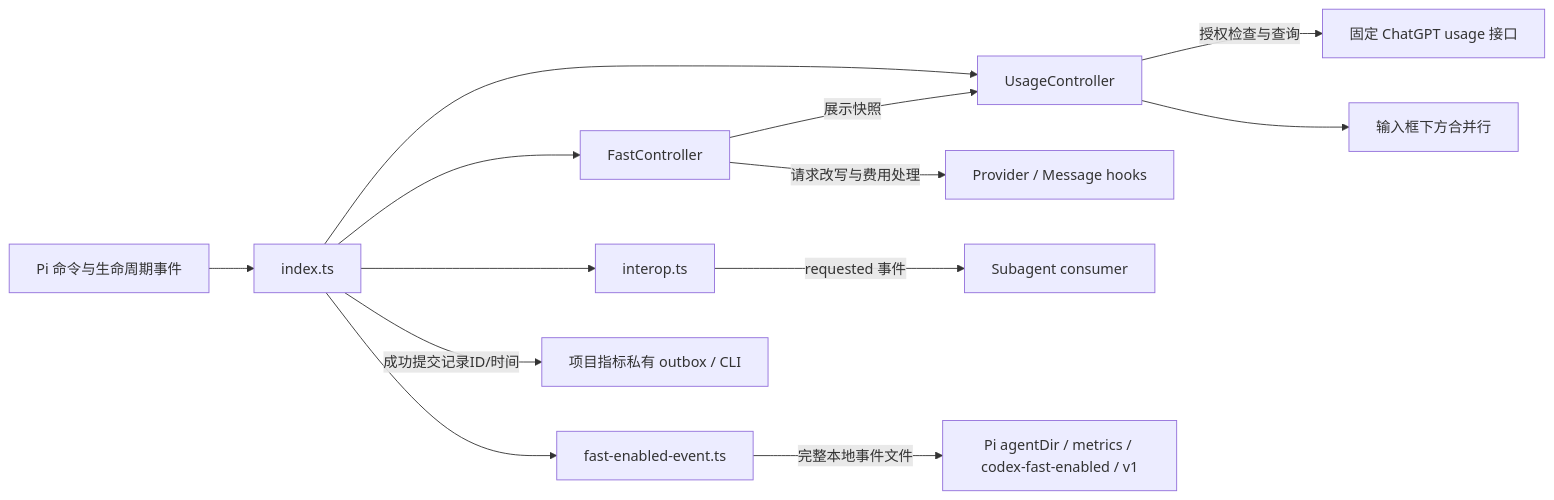
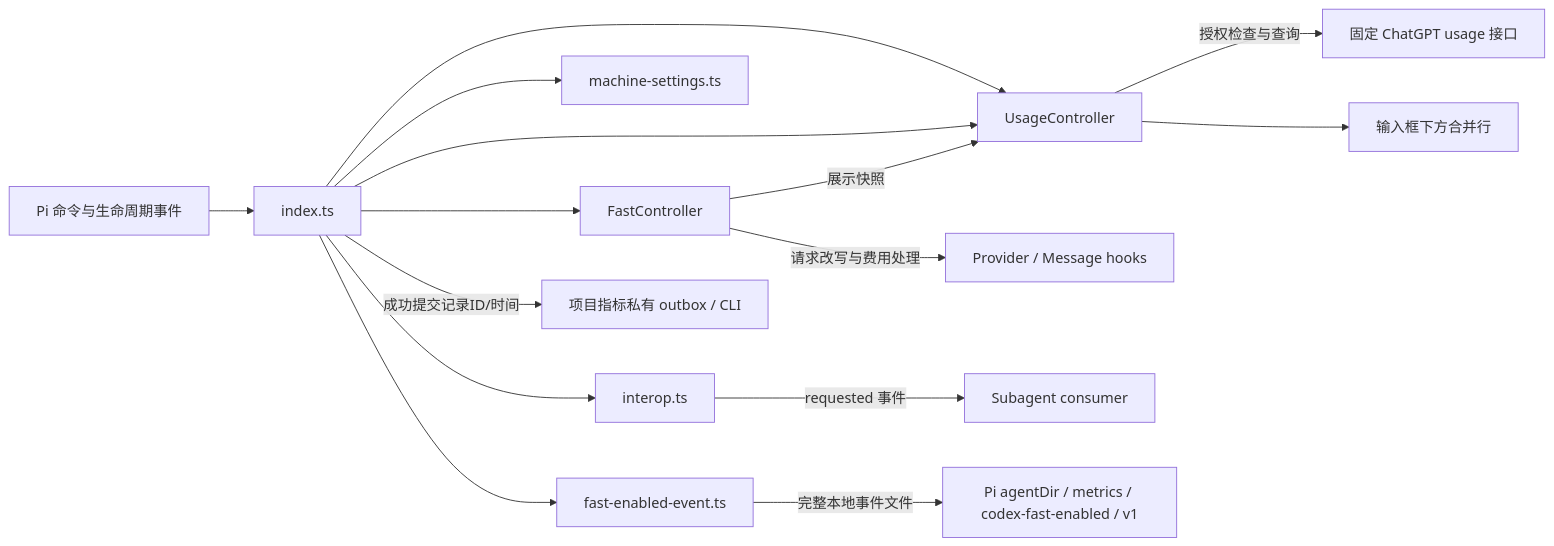
Before and after one commit to ZHOUKAILIAN/my-pi-extension: the first of 3 diagrams in docs/02-产品实现/codex-usage-status-技术设计.md, drawn with Mermaid. The commit also changed other lines of this file and 68 other files, not shown here.

````diff
--- a/docs/02-产品实现/codex-usage-status-技术设计.md
+++ b/docs/02-产品实现/codex-usage-status-技术设计.md
@@ -13,15 +57,17 @@
 ```mermaid
 flowchart LR
     pi[Pi 命令与生命周期事件] --> entry[index.ts]
     entry --> fast[FastController]
+    entry --> prefs[machine-settings.ts]
+    entry --> usage[UsageController]
     entry --> usage[UsageController]
     fast -->|展示快照| usage
     usage -->|授权检查与查询| api[固定 ChatGPT usage 接口]
     usage --> widget[输入框下方合并行]
     fast -->|请求改写与费用处理| hooks[Provider / Message hooks]
     entry --> interop[interop.ts]
     interop -->|requested 事件| child[Subagent consumer]
     entry --> event[fast-enabled-event.ts]
     event -->|完整本地事件文件| local[Pi agentDir / metrics / codex-fast-enabled / v1]
     entry -->|成功提交记录ID/时间| metrics[项目指标私有 outbox / CLI]
 ```
````
